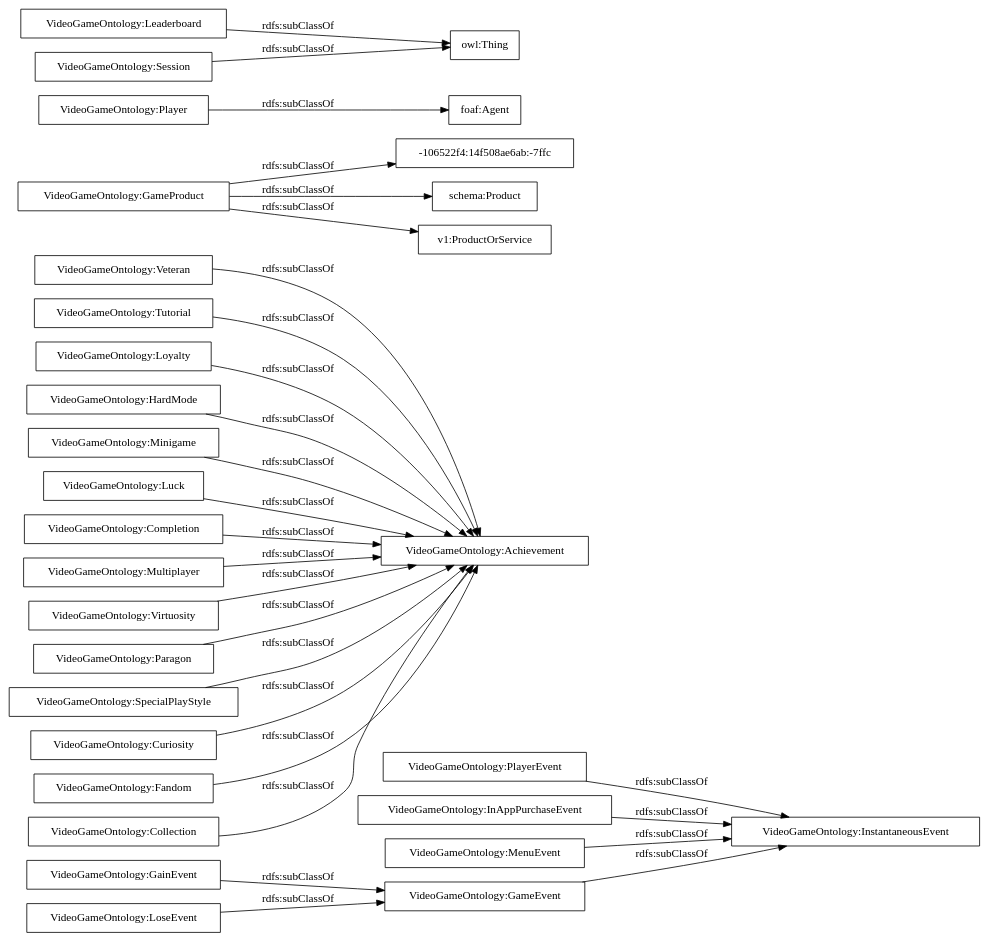
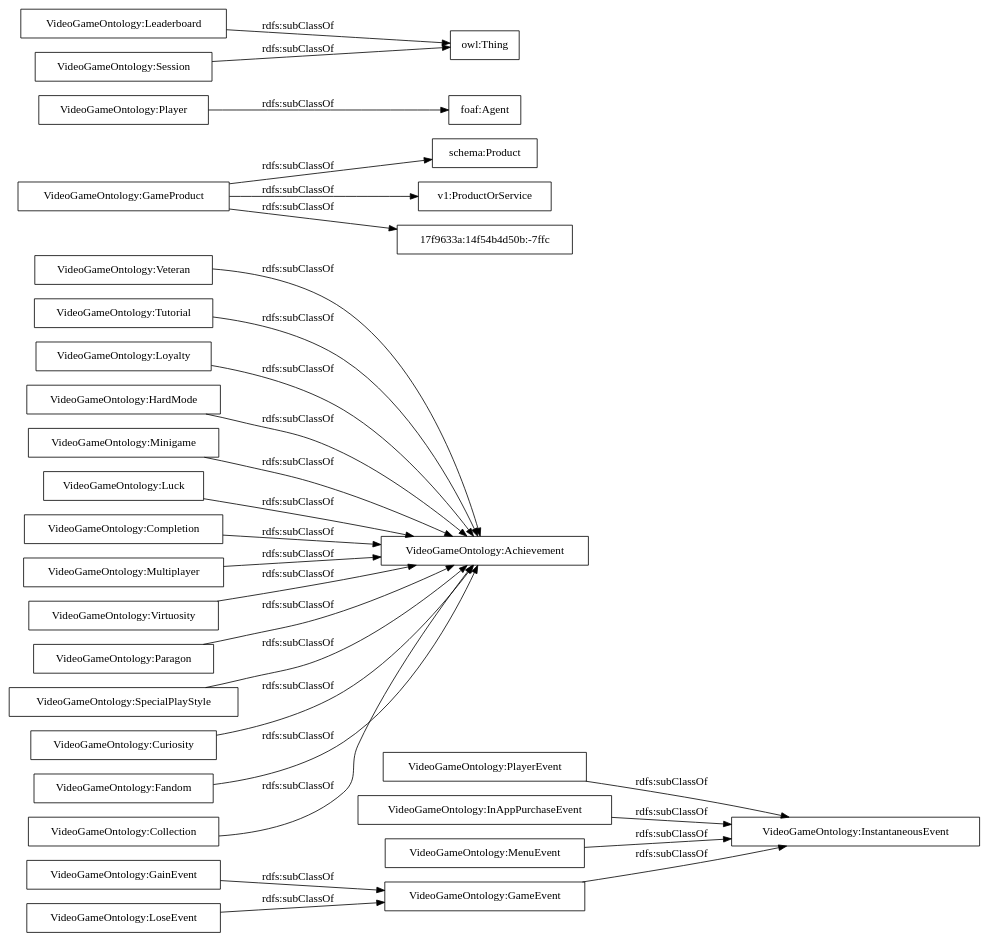
The diagram in OnToology/old/GameOntologyv2.owl/diagrams/ar2dtool-taxonomy/GameOntologyv2.owl.png.dot (dgarijo/VideoGameOntology), drawn with Graphviz before and after one commit. The commit also changed 107 other files, not shown here.

```diff
--- a/OnToology/old/GameOntologyv2.owl/diagrams/ar2dtool-taxonomy/GameOntologyv2.owl.png.dot
+++ b/OnToology/old/GameOntologyv2.owl/diagrams/ar2dtool-taxonomy/GameOntologyv2.owl.png.dot
@@ -1,32 +1,32 @@
 digraph ar2dtool_diagram { 
 rankdir=LR;
 size="1000"
-node [shape = rectangle, color="black"]; "VideoGameOntology:GameEvent" "VideoGameOntology:Veteran" "VideoGameOntology:Achievement" "VideoGameOntology:GameProduct" "VideoGameOntology:Tutorial" "VideoGameOntology:Loyalty" "VideoGameOntology:HardMode" "foaf:Agent" "VideoGameOntology:Leaderboard" "VideoGameOntology:Minigame" "VideoGameOntology:Luck" "-106522f4:14f508ae6ab:-7ffc" "VideoGameOntology:Completion" "VideoGameOntology:PlayerEvent" "schema:Product" "VideoGameOntology:Multiplayer" "VideoGameOntology:Virtuosity" "VideoGameOntology:Paragon" "owl:Thing" "VideoGameOntology:Session" "VideoGameOntology:GainEvent" "VideoGameOntology:Player" "VideoGameOntology:InstantaneousEvent" "v1:ProductOrService" "VideoGameOntology:InAppPurchaseEvent" "VideoGameOntology:LoseEvent" "VideoGameOntology:SpecialPlayStyle" "VideoGameOntology:Curiosity" "VideoGameOntology:Fandom" "VideoGameOntology:MenuEvent" "VideoGameOntology:Collection" ; /*classes style*/
+node [shape = rectangle, color="black"]; "VideoGameOntology:GameEvent" "VideoGameOntology:Veteran" "VideoGameOntology:Achievement" "VideoGameOntology:GameProduct" "VideoGameOntology:Tutorial" "VideoGameOntology:Loyalty" "VideoGameOntology:HardMode" "foaf:Agent" "VideoGameOntology:Leaderboard" "VideoGameOntology:Minigame" "VideoGameOntology:Luck" "VideoGameOntology:Completion" "VideoGameOntology:PlayerEvent" "schema:Product" "VideoGameOntology:Multiplayer" "VideoGameOntology:Virtuosity" "VideoGameOntology:Paragon" "owl:Thing" "VideoGameOntology:Session" "VideoGameOntology:GainEvent" "VideoGameOntology:Player" "VideoGameOntology:InstantaneousEvent" "v1:ProductOrService" "VideoGameOntology:InAppPurchaseEvent" "VideoGameOntology:LoseEvent" "VideoGameOntology:SpecialPlayStyle" "VideoGameOntology:Curiosity" "VideoGameOntology:Fandom" "VideoGameOntology:MenuEvent" "17f9633a:14f54b4d50b:-7ffc" "VideoGameOntology:Collection" ; /*classes style*/
 	"VideoGameOntology:HardMode" -> "VideoGameOntology:Achievement" [ label = "rdfs:subClassOf" ];
 	"VideoGameOntology:Player" -> "foaf:Agent" [ label = "rdfs:subClassOf" ];
 	"VideoGameOntology:Virtuosity" -> "VideoGameOntology:Achievement" [ label = "rdfs:subClassOf" ];
 	"VideoGameOntology:Loyalty" -> "VideoGameOntology:Achievement" [ label = "rdfs:subClassOf" ];
 	"VideoGameOntology:Paragon" -> "VideoGameOntology:Achievement" [ label = "rdfs:subClassOf" ];
 	"VideoGameOntology:Luck" -> "VideoGameOntology:Achievement" [ label = "rdfs:subClassOf" ];
 	"VideoGameOntology:MenuEvent" -> "VideoGameOntology:InstantaneousEvent" [ label = "rdfs:subClassOf" ];
 	"VideoGameOntology:GainEvent" -> "VideoGameOntology:GameEvent" [ label = "rdfs:subClassOf" ];
 	"VideoGameOntology:SpecialPlayStyle" -> "VideoGameOntology:Achievement" [ label = "rdfs:subClassOf" ];
 	"VideoGameOntology:Tutorial" -> "VideoGameOntology:Achievement" [ label = "rdfs:subClassOf" ];
 	"VideoGameOntology:Session" -> "owl:Thing" [ label = "rdfs:subClassOf" ];
-	"VideoGameOntology:GameProduct" -> "-106522f4:14f508ae6ab:-7ffc" [ label = "rdfs:subClassOf" ];
+	"VideoGameOntology:GameProduct" -> "17f9633a:14f54b4d50b:-7ffc" [ label = "rdfs:subClassOf" ];
 	"VideoGameOntology:GameProduct" -> "schema:Product" [ label = "rdfs:subClassOf" ];
 	"VideoGameOntology:GameProduct" -> "v1:ProductOrService" [ label = "rdfs:subClassOf" ];
 	"VideoGameOntology:LoseEvent" -> "VideoGameOntology:GameEvent" [ label = "rdfs:subClassOf" ];
 	"VideoGameOntology:Collection" -> "VideoGameOntology:Achievement" [ label = "rdfs:subClassOf" ];
 	"VideoGameOntology:Leaderboard" -> "owl:Thing" [ label = "rdfs:subClassOf" ];
 	"VideoGameOntology:Veteran" -> "VideoGameOntology:Achievement" [ label = "rdfs:subClassOf" ];
 	"VideoGameOntology:Multiplayer" -> "VideoGameOntology:Achievement" [ label = "rdfs:subClassOf" ];
 	"VideoGameOntology:Fandom" -> "VideoGameOntology:Achievement" [ label = "rdfs:subClassOf" ];
 	"VideoGameOntology:Curiosity" -> "VideoGameOntology:Achievement" [ label = "rdfs:subClassOf" ];
 	"VideoGameOntology:PlayerEvent" -> "VideoGameOntology:InstantaneousEvent" [ label = "rdfs:subClassOf" ];
 	"VideoGameOntology:InAppPurchaseEvent" -> "VideoGameOntology:InstantaneousEvent" [ label = "rdfs:subClassOf" ];
 	"VideoGameOntology:Completion" -> "VideoGameOntology:Achievement" [ label = "rdfs:subClassOf" ];
 	"VideoGameOntology:GameEvent" -> "VideoGameOntology:InstantaneousEvent" [ label = "rdfs:subClassOf" ];
 	"VideoGameOntology:Minigame" -> "VideoGameOntology:Achievement" [ label = "rdfs:subClassOf" ];
 
 }
```
